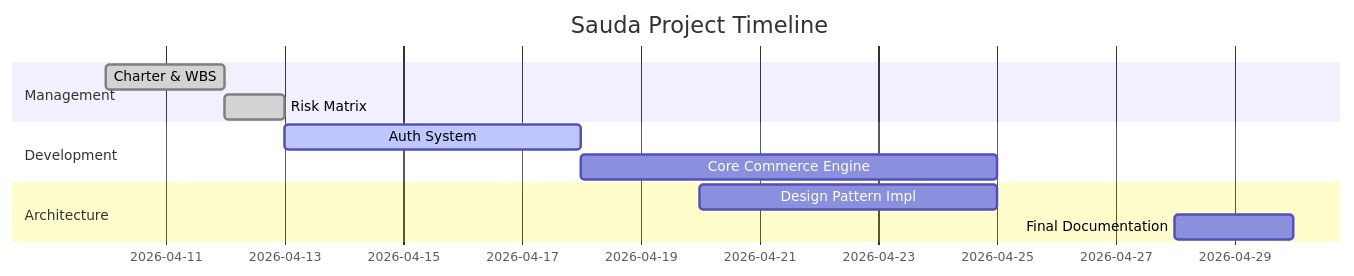
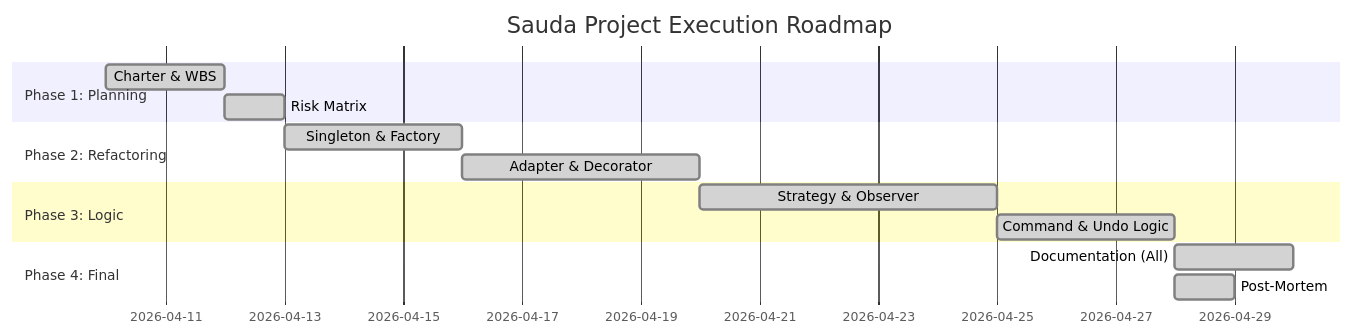
One commit to sagynaliev/SaudaMarket changed the diagram in docs/wbs_and_timeline.md. Above: the diagram before and after it, drawn with Mermaid. The commit also changed other lines of this file and 32 other files, not shown here.

````diff
--- a/docs/wbs_and_timeline.md
+++ b/docs/wbs_and_timeline.md
@@ -22,14 +23,17 @@
 ```mermaid
 gantt
-    title Sauda Project Timeline
+    title Sauda Project Execution Roadmap
     dateFormat  YYYY-MM-DD
-    section Management
-    Charter & WBS           :done,    des1, 2026-04-10, 2d
-    Risk Matrix             :done,    des2, 2026-04-12, 1d
-    section Development
-    Auth System             :active,  dev1, 2026-04-13, 5d
-    Core Commerce Engine    :         dev2, 2026-04-18, 7d
-    section Architecture
-    Design Pattern Impl     :         arch1, 2026-04-20, 5d
-    Final Documentation     :         arch2, 2026-04-28, 2d
+    section Phase 1: Planning
+    Charter & WBS           :done, 2026-04-10, 2d
+    Risk Matrix             :done, 2026-04-12, 1d
+    section Phase 2: Refactoring
+    Singleton & Factory     :done, 2026-04-13, 3d
+    Adapter & Decorator     :done, 2026-04-16, 4d
+    section Phase 3: Logic
+    Strategy & Observer     :done, 2026-04-20, 5d
+    Command & Undo Logic    :done, 2026-04-25, 3d
+    section Phase 4: Final
+    Documentation (All)      :done, 2026-04-28, 2d
+    Post-Mortem             :done, 2026-04-28, 1d
 ```
````
